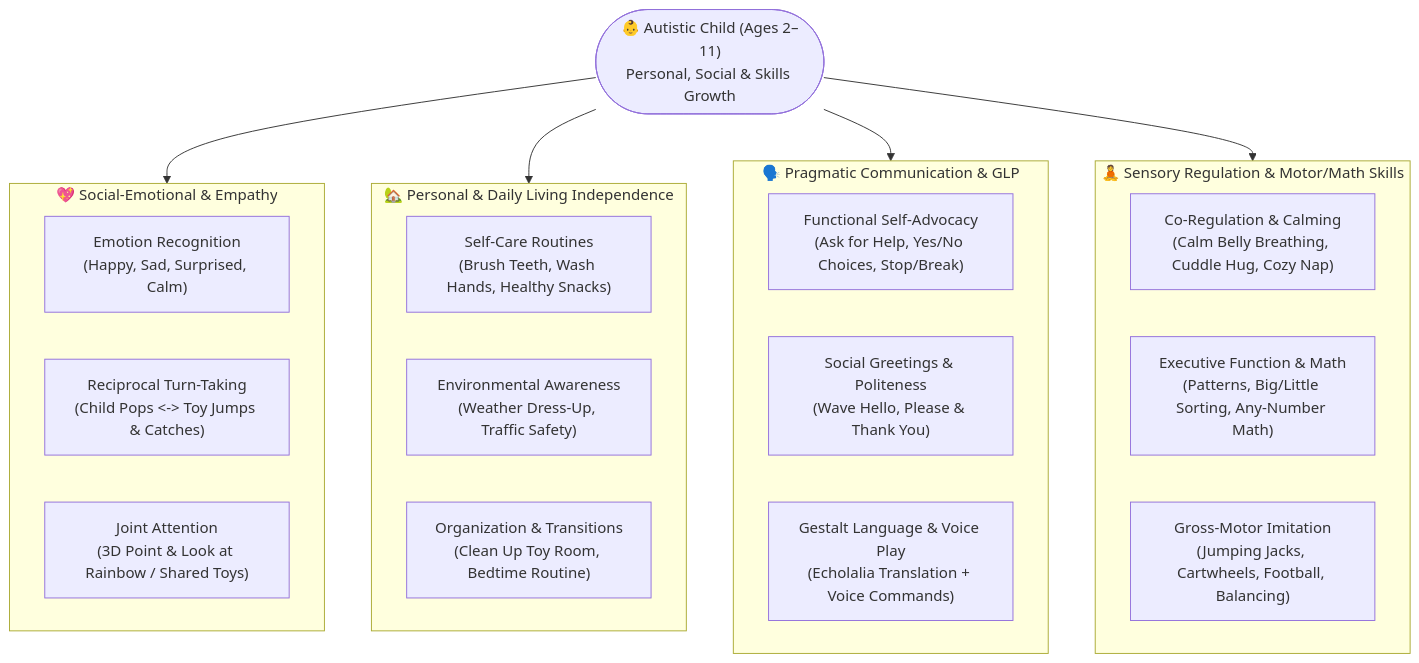
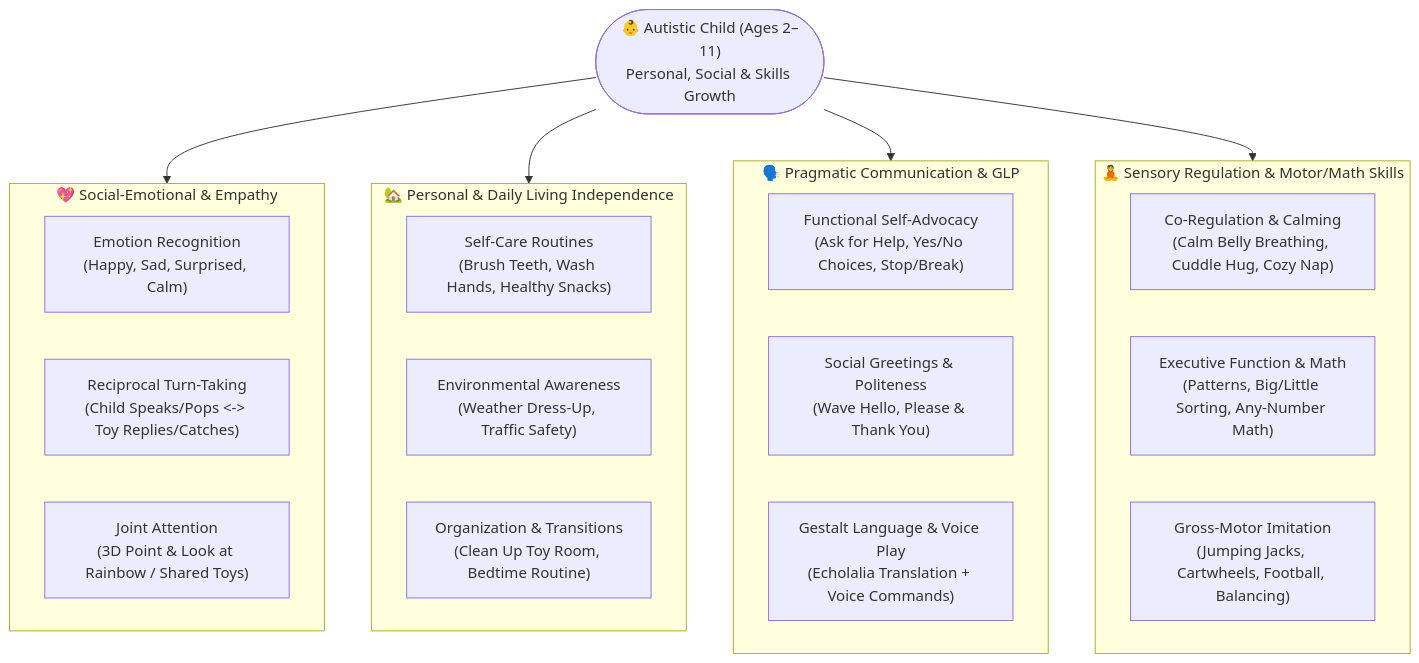
Before and after one commit to mrmohammadalamin/AutiCompanion-3D-AI: the second of 3 diagrams in README.md, drawn with Mermaid. The commit also changed other lines of this file and 8 other files, not shown here.

````diff
--- a/README.md
+++ b/README.md
@@ -213,33 +273,33 @@
 ```mermaid
 flowchart TD
     CHILD(["👶 Autistic Child (Ages 2–11)\nPersonal, Social & Skills Growth"])
 
     subgraph DOM1["💖 Social-Emotional & Empathy"]
         D1A["Emotion Recognition\n(Happy, Sad, Surprised, Calm)"]
-        D1B["Reciprocal Turn-Taking\n(Child Pops <-> Toy Jumps & Catches)"]
+        D1B["Reciprocal Turn-Taking\n(Child Speaks/Pops <-> Toy Replies/Catches)"]
         D1C["Joint Attention\n(3D Point & Look at Rainbow / Shared Toys)"]
     end
 
     subgraph DOM2["🏡 Personal & Daily Living Independence"]
         D2A["Self-Care Routines\n(Brush Teeth, Wash Hands, Healthy Snacks)"]
         D2B["Environmental Awareness\n(Weather Dress-Up, Traffic Safety)"]
         D2C["Organization & Transitions\n(Clean Up Toy Room, Bedtime Routine)"]
     end
 
     subgraph DOM3["🗣️ Pragmatic Communication & GLP"]
         D3A["Functional Self-Advocacy\n(Ask for Help, Yes/No Choices, Stop/Break)"]
         D3B["Social Greetings & Politeness\n(Wave Hello, Please & Thank You)"]
         D3C["Gestalt Language & Voice Play\n(Echolalia Translation + Voice Commands)"]
     end
 
     subgraph DOM4["🧘 Sensory Regulation & Motor/Math Skills"]
         D4A["Co-Regulation & Calming\n(Calm Belly Breathing, Cuddle Hug, Cozy Nap)"]
         D4B["Executive Function & Math\n(Patterns, Big/Little Sorting, Any-Number Math)"]
         D4C["Gross-Motor Imitation\n(Jumping Jacks, Cartwheels, Football, Balancing)"]
     end
 
     CHILD --> DOM1
     CHILD --> DOM2
     CHILD --> DOM3
     CHILD --> DOM4
 ```
````
